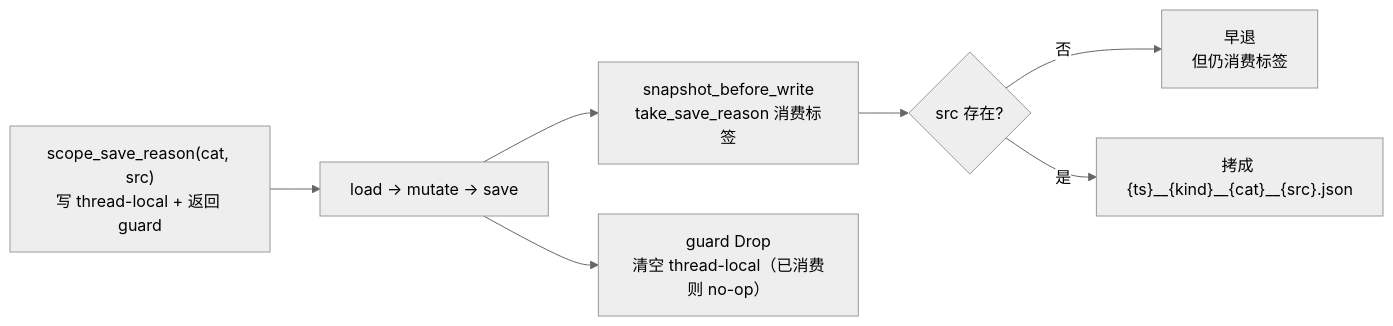
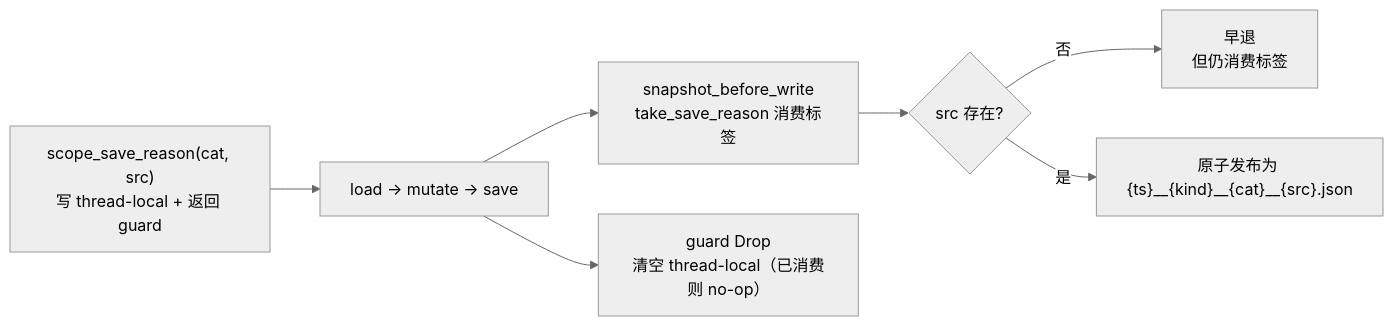
The second of 3 diagrams in docs/architecture/infra/backup-autosave.md (shiwenwen/hope-agent), drawn with Mermaid (neutral theme) before and after one commit. The commit also changed other lines of this file and 6 other files, not shown here.

````diff
--- a/docs/architecture/infra/backup-autosave.md
+++ b/docs/architecture/infra/backup-autosave.md
@@ -119,9 +119,9 @@
 ```mermaid
 flowchart LR
     A["scope_save_reason(cat, src)<br/>写 thread-local + 返回 guard"] --> B["load → mutate → save"]
     B --> C["snapshot_before_write<br/>take_save_reason 消费标签"]
     C --> D{"src 存在?"}
     D -- 否 --> E["早退<br/>但仍消费标签"]
-    D -- 是 --> F["拷成 {ts}__{kind}__{cat}__{src}.json"]
+    D -- 是 --> F["原子发布为 {ts}__{kind}__{cat}__{src}.json"]
     B --> G["guard Drop<br/>清空 thread-local（已消费则 no-op）"]
 ```
````
